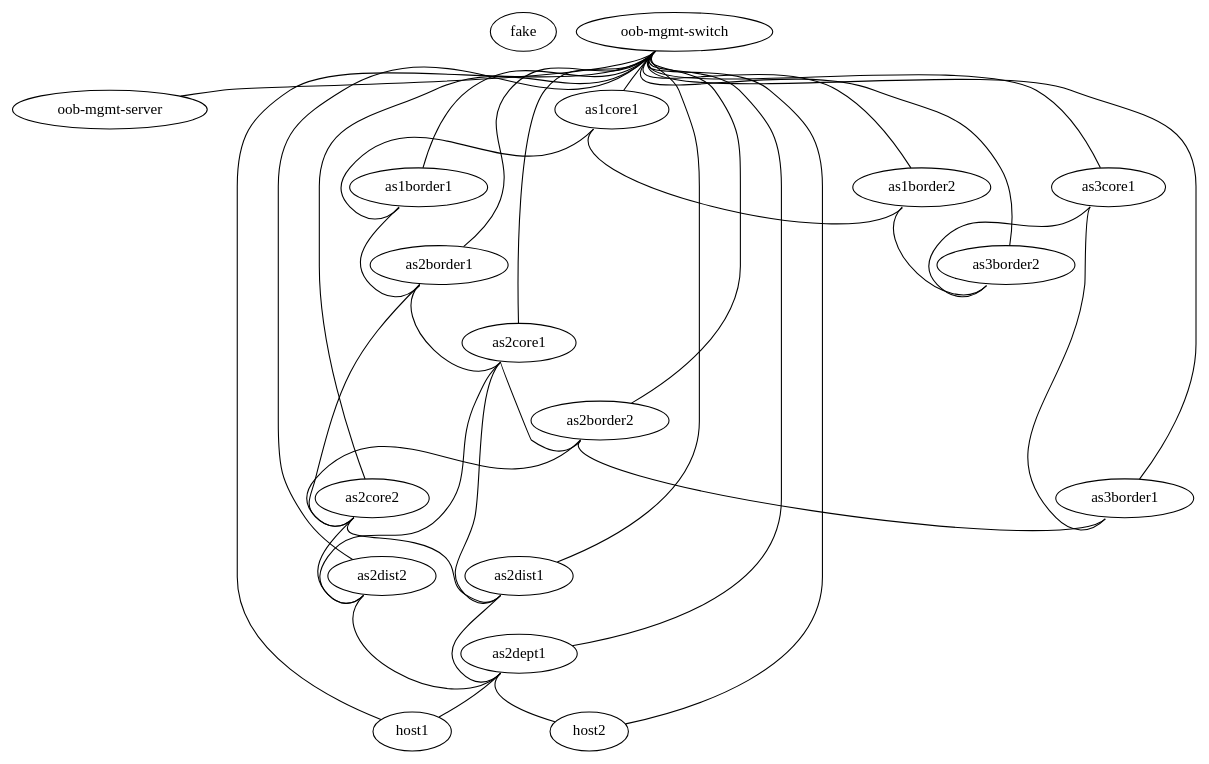
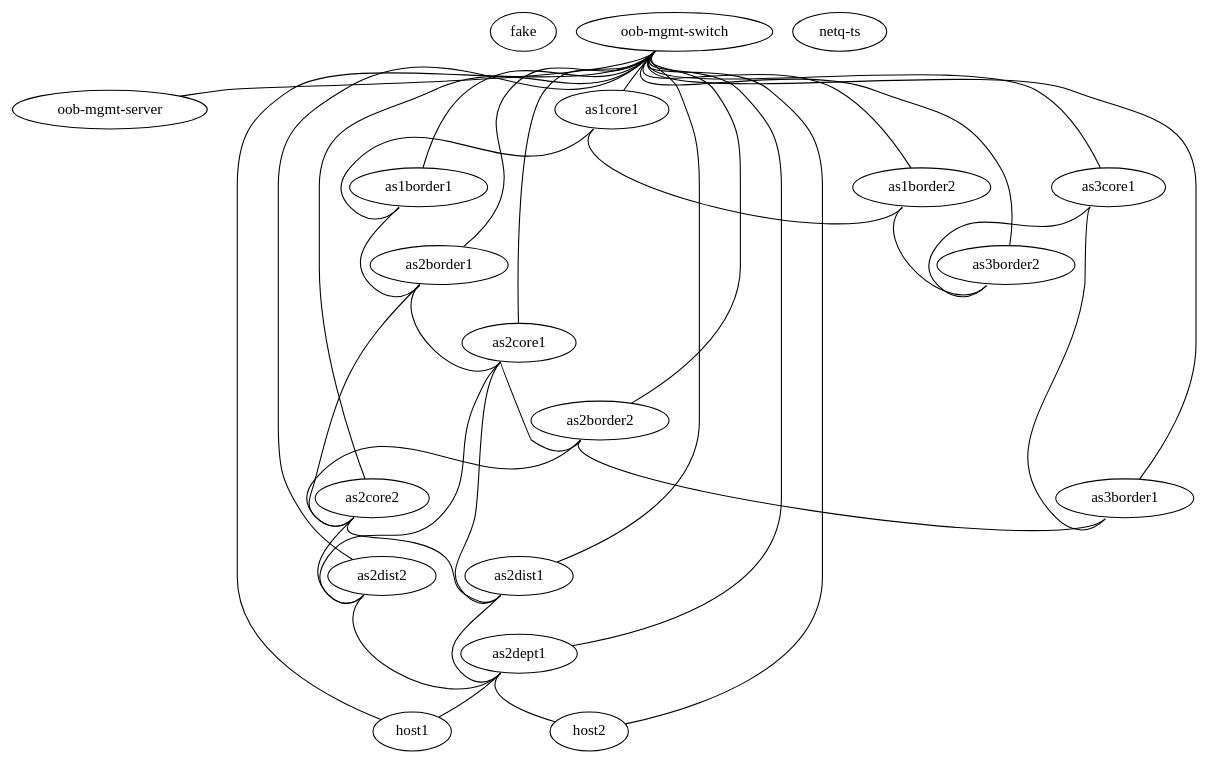
The diagram in topology.dot (MheniMerz/batfish_examples), drawn with Graphviz before and after one commit.

Commit message:
add os information for mgmt servers

```diff
--- a/topology.dot
+++ b/topology.dot
@@ -1,72 +1,73 @@
 graph multiverse_network {
    
    "fake" [function="fake"]
-   "oob-mgmt-server"  [function="oob-server" cpu="4" memory="2048"]
-   "oob-mgmt-switch"  [function="oob-switch" mgmt_ip="192.168.200.251" ports="64"]
+   "oob-mgmt-server"  [function="oob-server" mgmt_ip="192.168.200.1" os="generic/ubuntu1804" vagrant_user="cumulus" ]
+   "oob-mgmt-switch"  [function="oob-switch" mgmt_ip="192.168.200.2" os="CumulusCommunity/cumulus-vx" version="4.2.1" ]
+   "netq-ts"   [function="host" mgmt_ip="192.168.200.250" os="netq-ts-cloud-3.2.0"]
 
    "as1core1" [function="spine"  os="sonic-202012-f6f4c7f4" mgmt_ip="192.168.200.11" ports="32"]
    "as1core1" [function="spine"  os="sonic-202012-f6f4c7f4" mgmt_ip="192.168.200.11" ports="32"]
    "as1border1" [function="leaf"  os="sonic-202012-f6f4c7f4" mgmt_ip="192.168.200.12" ports="32"]
    "as1border2" [function="leaf"  os="sonic-202012-f6f4c7f4" mgmt_ip="192.168.200.13" ports="32"]
 
    "as2core1" [function="spine"  os="sonic-202012-f6f4c7f4" mgmt_ip="192.168.200.21" ports="32"]
    "as2core2" [function="spine"  os="sonic-202012-f6f4c7f4" mgmt_ip="192.168.200.22" ports="32"]
    "as2border1" [function="leaf"  os="sonic-202012-f6f4c7f4" mgmt_ip="192.168.200.23" ports="32"]
    "as2border2" [function="leaf"  os="sonic-202012-f6f4c7f4" mgmt_ip="192.168.200.24" ports="32"]
    "as2dist1" [function="leaf"  os="sonic-202012-f6f4c7f4" mgmt_ip="192.168.200.25" ports="32"]
    "as2dist2" [function="leaf"  os="sonic-202012-f6f4c7f4" mgmt_ip="192.168.200.26" ports="32"]
    "as2dept1" [function="leaf"  os="sonic-202012-f6f4c7f4" mgmt_ip="192.168.200.27" ports="32"]
    "host1" [function="host"  os="generic/ubuntu1804" mgmt_ip="192.168.200.28" ports="32"]
    "host2" [function="host"  os="generic/ubuntu1804" mgmt_ip="192.168.200.29" ports="32"]
 
    "as3core1" [function="leaf"  os="sonic-202012-f6f4c7f4" mgmt_ip="192.168.200.31" ports="32"]
    "as3border1" [function="leaf"  os="sonic-202012-f6f4c7f4" mgmt_ip="192.168.200.32" ports="32"]
    "as3border2" [function="leaf"  os="sonic-202012-f6f4c7f4" mgmt_ip="192.168.200.33" ports="32"]
 
    "as1core1":"swp1" -- "as1border1":"swp1"
    "as1core1":"swp2" -- "as1border2":"swp1"
 
    "as1border1":"swp2" -- "as2border1":"swp1"
 
    "as1border2":"swp2" -- "as3border2":"swp2"
 
    "as2border1":"swp2" -- "as2core1":"swp1"
    "as2border1":"swp3" -- "as2core2":"swp1"
    
    "as2border2":"swp1" -- "as3border1":"swp2"
    "as2border2":"swp3" -- "as2core2":"swp2"
 
    "as2core1":"swp2" -- "as2border2":"swp2"
    "as2core1":"swp3" -- "as2dist1":"swp1"
    "as2core1":"swp4" -- "as2dist2":"swp1"
    
    "as2core2":"swp3" -- "as2dist1":"swp2"
    "as2core2":"swp4" -- "as2dist2":"swp2"
 
    "as2dist1":"swp3" -- "as2dept1":"swp1"
    "as2dist2":"swp3" -- "as2dept1":"swp2"
 
    "as2dept1":"swp3" -- "host1":"eth1"
    "as2dept1":"swp4" -- "host2":"eth1"
 
    "as3core1":"swp1" -- "as3border1":"swp1"
    "as3core1":"swp2" -- "as3border2":"swp1"
 
    "oob-mgmt-switch":"swp1" -- "oob-mgmt-server":"eth0"
    "oob-mgmt-switch":"swp2" -- "as1core1":"eth0"
    "oob-mgmt-switch":"swp3" -- "as1border1":"eth0"
    "oob-mgmt-switch":"swp4" -- "as1border2":"eth0"
    "oob-mgmt-switch":"swp5" -- "as2core1":"eth0"
    "oob-mgmt-switch":"swp6" -- "as2core2":"eth0"
    "oob-mgmt-switch":"swp7" -- "as2border1":"eth0"
    "oob-mgmt-switch":"swp8" -- "as2border2":"eth0"
    "oob-mgmt-switch":"swp9" -- "as2dist1":"eth0"
    "oob-mgmt-switch":"swp10" -- "as2dist2":"eth0"
    "oob-mgmt-switch":"swp11" -- "as2dept1":"eth0"
    "oob-mgmt-switch":"swp12" -- "as3core1":"eth0"
    "oob-mgmt-switch":"swp13" -- "as3border1":"eth0"
    "oob-mgmt-switch":"swp14" -- "as3border2":"eth0"
    "oob-mgmt-switch":"swp15" -- "host1":"eth0"
    "oob-mgmt-switch":"swp16" -- "host2":"eth0"
 
 }
```
